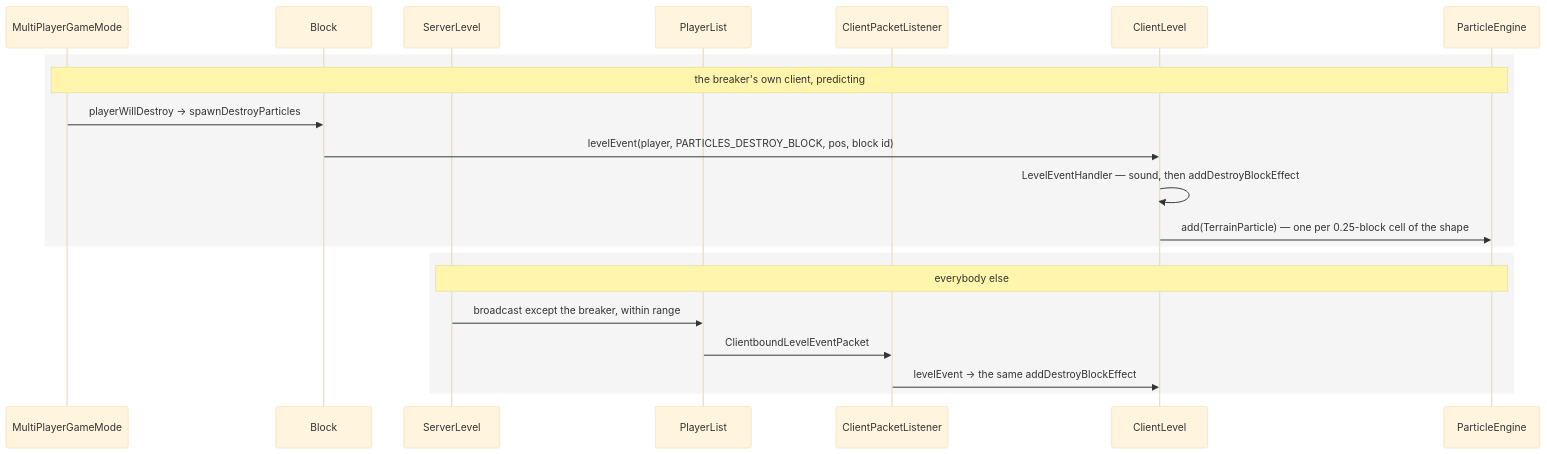
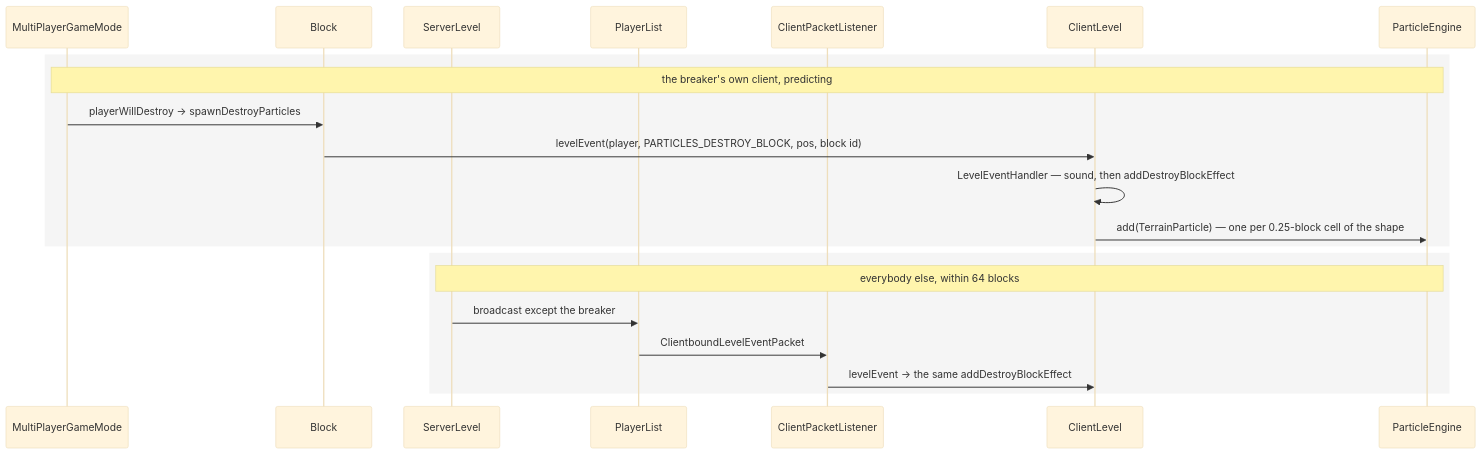
The diagram in src/systems/rendering/particles.md (AlexanderjFraser/MinecraftDocs), drawn with Mermaid (base theme) before and after one commit. The commit also changed other lines of this file and 14 other files, not shown here.

````diff
--- a/src/systems/rendering/particles.md
+++ b/src/systems/rendering/particles.md
@@ -86,25 +114,25 @@
 ```mermaid
 sequenceDiagram
     participant MPGM as MultiPlayerGameMode
     participant B as Block
     participant SL as ServerLevel
     participant PL as PlayerList
     participant CPL as ClientPacketListener
     participant CL as ClientLevel
     participant PE as ParticleEngine
 
     rect rgb(245,245,245)
     Note over MPGM,PE: the breaker's own client, predicting
     MPGM->>B: playerWillDestroy → spawnDestroyParticles
     B->>CL: levelEvent(player, PARTICLES_DESTROY_BLOCK, pos, block id)
     CL->>CL: LevelEventHandler — sound, then addDestroyBlockEffect
     CL->>PE: add(TerrainParticle) — one per 0.25-block cell of the shape
     end
 
     rect rgb(245,245,245)
-    Note over SL,PE: everybody else
-    SL->>PL: broadcast except the breaker, within range
+    Note over SL,PE: everybody else, within 64 blocks
+    SL->>PL: broadcast except the breaker
     PL->>CPL: ClientboundLevelEventPacket
     CPL->>CL: levelEvent → the same addDestroyBlockEffect
     end
 ```
````
